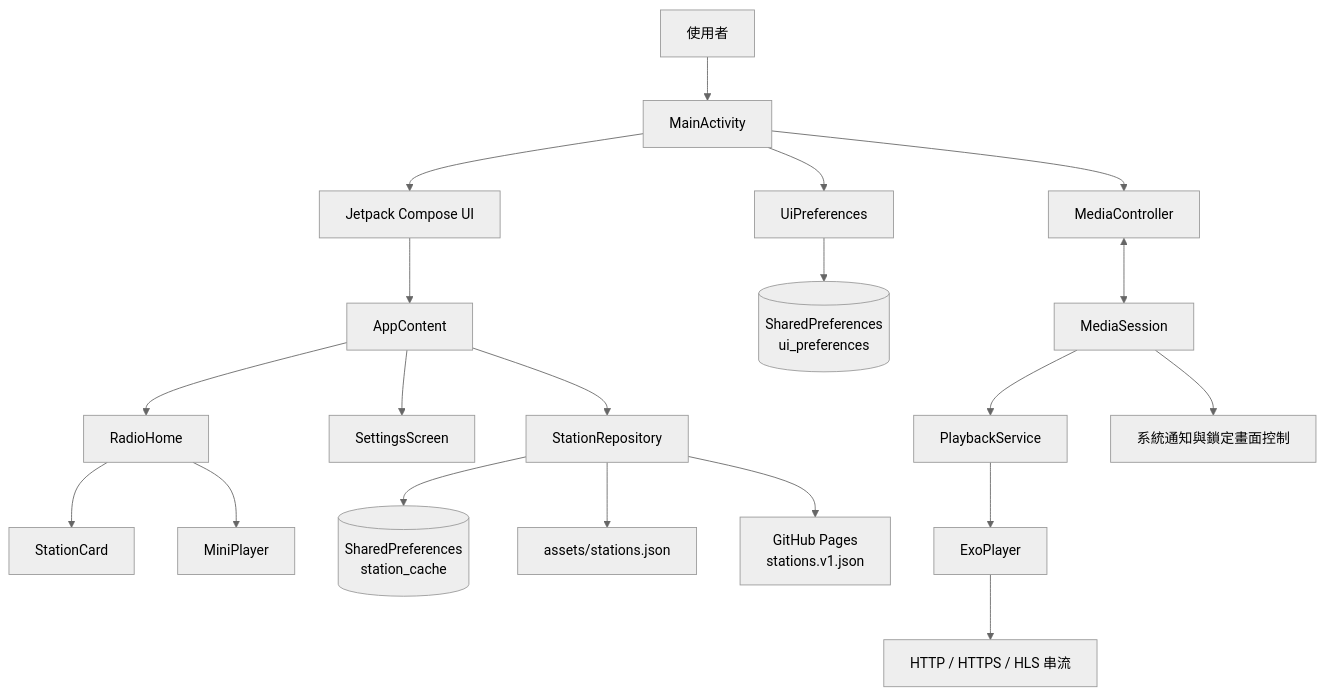
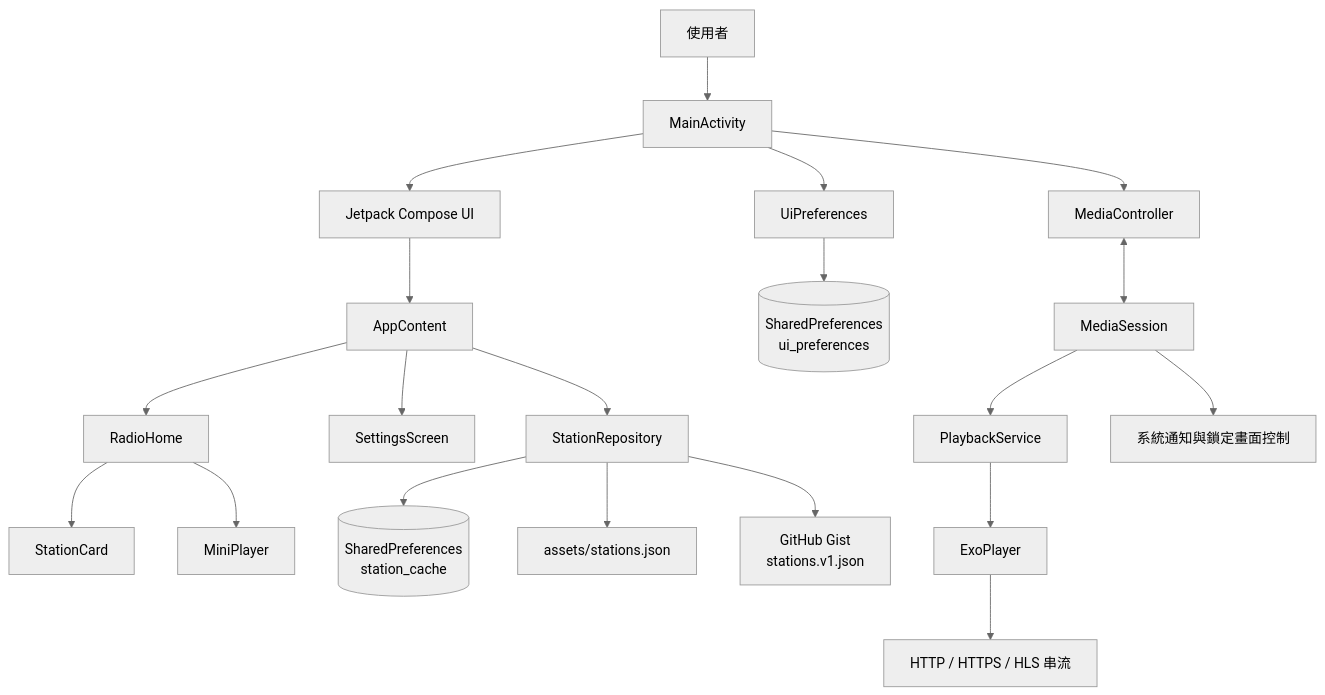
The first of 2 diagrams in docs/ARCHITECTURE.md (mark216tw/mini-taiwan-radio), drawn with Mermaid (neutral theme) before and after one commit. The commit also changed other lines of this file and 14 other files, not shown here.

````diff
--- a/docs/ARCHITECTURE.md
+++ b/docs/ARCHITECTURE.md
@@ -24,25 +24,25 @@
 ```mermaid
 flowchart TD
     User[使用者] --> Activity[MainActivity]
     Activity --> UI[Jetpack Compose UI]
     UI --> AppContent[AppContent]
     AppContent --> Home[RadioHome]
     AppContent --> Settings[SettingsScreen]
     Home --> Cards[StationCard]
     Home --> Mini[MiniPlayer]
 
     AppContent --> Repo[StationRepository]
     Repo --> Cache[(SharedPreferences<br/>station_cache)]
     Repo --> Assets[assets/stations.json]
-    Repo --> Remote[GitHub Pages<br/>stations.v1.json]
+    Repo --> Remote[GitHub Gist<br/>stations.v1.json]
 
     Activity --> Prefs[UiPreferences]
     Prefs --> UiStore[(SharedPreferences<br/>ui_preferences)]
 
     Activity --> Controller[MediaController]
     Controller <--> Session[MediaSession]
     Session --> Service[PlaybackService]
     Service --> Player[ExoPlayer]
     Player --> Stream[HTTP / HTTPS / HLS 串流]
     Session --> System[系統通知與鎖定畫面控制]
 ```
````
